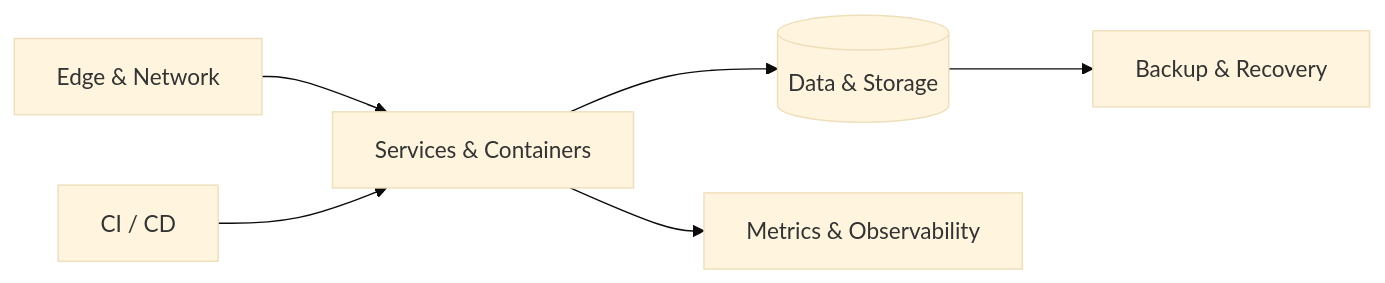
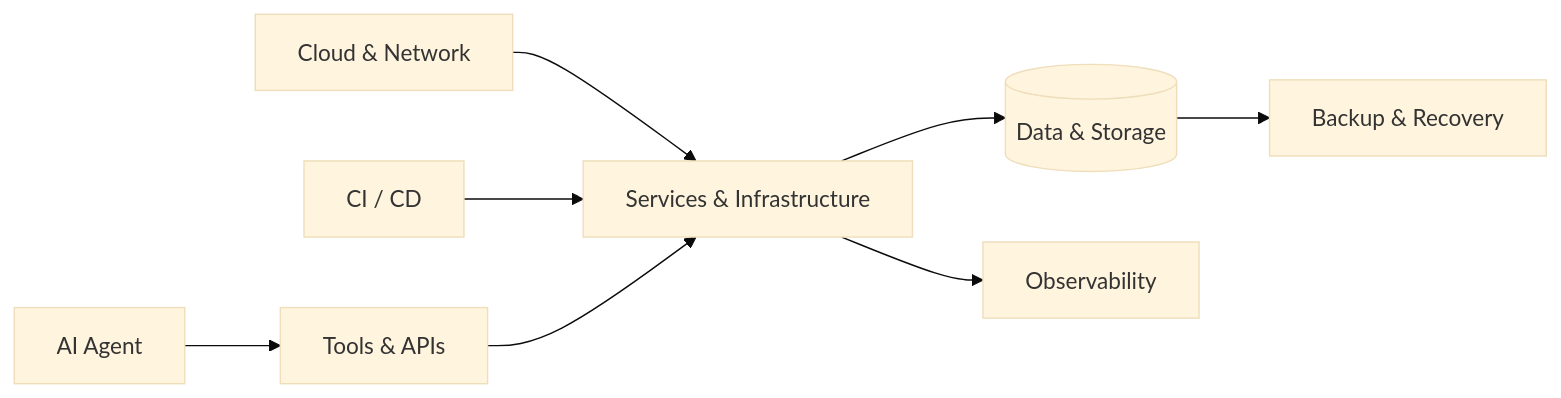
Before and after one commit to rui-Gg/rui-Gg: the diagram in README.md, drawn with Mermaid (base theme). The commit also changed other lines of this file, not shown here.

````diff
--- a/README.md
+++ b/README.md
@@ -48,8 +52,10 @@
 ```mermaid
 flowchart LR
-    EDGE["Edge & Network"] --> APP["Services & Containers"]
+    EDGE["Cloud & Network"] --> APP["Services & Infrastructure"]
     PIPE["CI / CD"] --> APP
+    AGENT["AI Agent"] --> TOOLS["Tools & APIs"]
+    TOOLS --> APP
     APP --> DATA[("Data & Storage")]
-    APP --> OBS["Metrics & Observability"]
+    APP --> OBS["Observability"]
     DATA --> REC["Backup & Recovery"]
 ```
````
